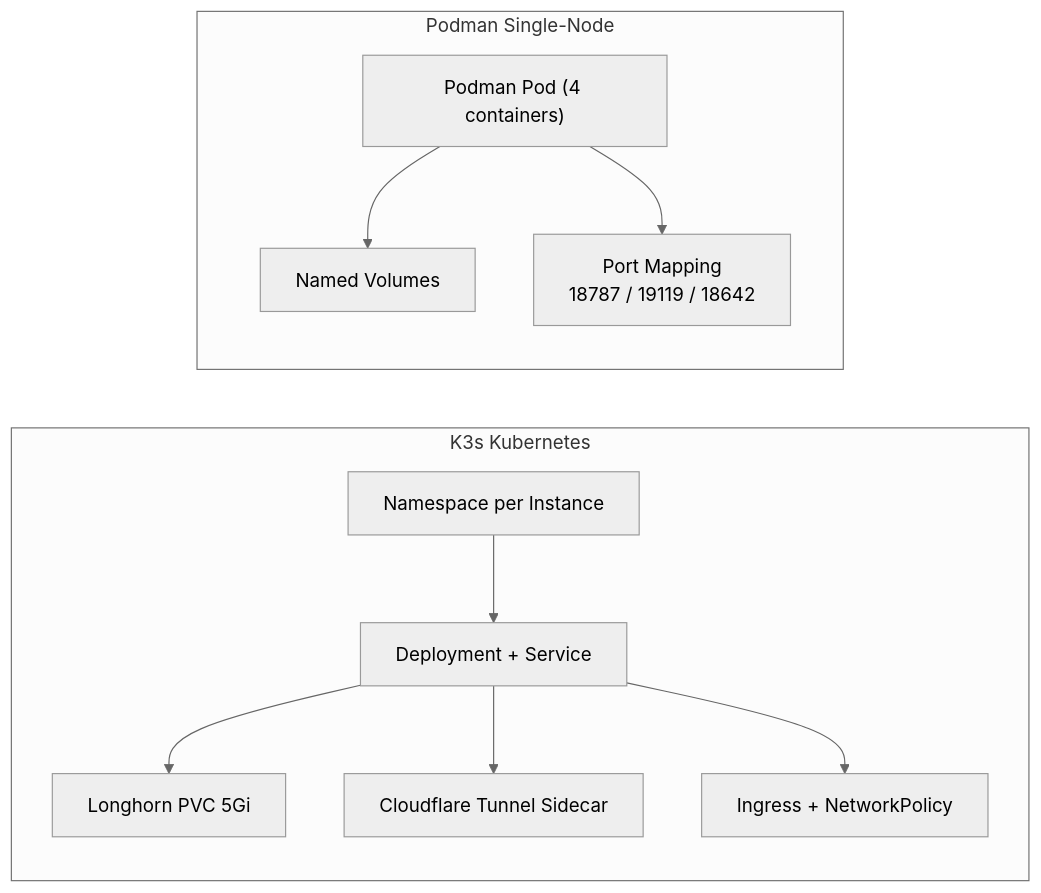
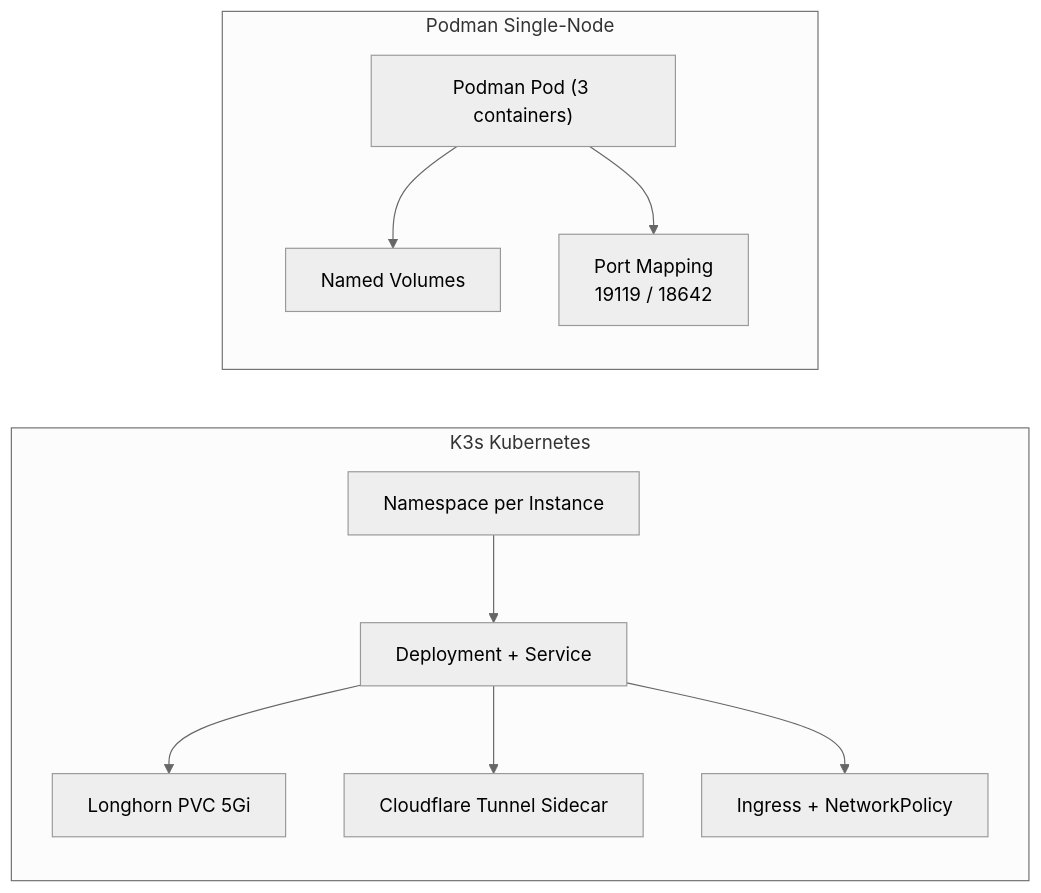
One commit to WOOWTECH/Woow_podman_hermes changed the fifth of 5 diagrams in README.md. Above: the diagram before and after it, drawn with Mermaid (neutral theme). The commit also changed other lines of this file and 43 other files, not shown here.

````diff
--- a/README.md
+++ b/README.md
@@ -231,23 +217,23 @@
 ```mermaid
 graph LR
     subgraph K3s["K3s Kubernetes"]
         direction TB
         K_NS["Namespace per Instance"]
         K_DEP["Deployment + Service"]
         K_PVC["Longhorn PVC 5Gi"]
         K_CF["Cloudflare Tunnel Sidecar"]
         K_ING["Ingress + NetworkPolicy"]
         K_NS --> K_DEP --> K_PVC
         K_DEP --> K_CF
         K_DEP --> K_ING
     end
 
     subgraph Podman["Podman Single-Node"]
         direction TB
-        P_POD["Podman Pod (4 containers)"]
+        P_POD["Podman Pod (3 containers)"]
         P_VOL["Named Volumes"]
-        P_PORT["Port Mapping<br/>18787 / 19119 / 18642"]
+        P_PORT["Port Mapping<br/>19119 / 18642"]
         P_POD --> P_VOL
         P_POD --> P_PORT
     end
 ```
````
